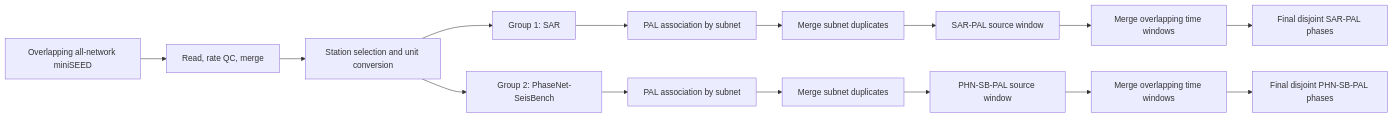
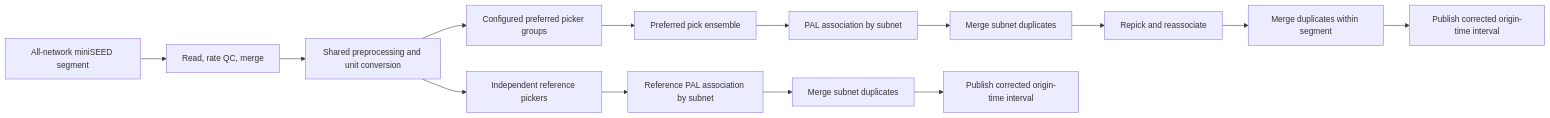
The diagram in README.md (YijianZhou/AI-PAL), drawn with Mermaid before and after one commit. The commit also changed other lines of this file and 644 other files, not shown here.

````diff
--- a/README.md
+++ b/README.md
@@ -30,17 +45,16 @@
 ```mermaid
 flowchart LR
-    A[Overlapping all-network miniSEED] --> B[Read, rate QC, merge]
-    B --> C[Station selection and unit conversion]
-    C --> D1[Group 1: SAR]
-    C --> D2[Group 2: PhaseNet-SeisBench]
-    D1 --> E1[PAL association by subnet]
-    D2 --> E2[PAL association by subnet]
-    E1 --> F1[Merge subnet duplicates]
-    E2 --> F2[Merge subnet duplicates]
-    F1 --> G1[SAR-PAL source window]
-    F2 --> G2[PHN-SB-PAL source window]
-    G1 --> H1[Merge overlapping time windows]
-    G2 --> H2[Merge overlapping time windows]
-    H1 --> I1[Final disjoint SAR-PAL phases]
-    H2 --> I2[Final disjoint PHN-SB-PAL phases]
+    A[All-network miniSEED segment] --> B[Read, rate QC, merge]
+    B --> C[Shared preprocessing and unit conversion]
+    C --> D1[Configured preferred picker groups]
+    C --> D2[Independent reference pickers]
+    D1 --> E1[Preferred pick ensemble]
+    E1 --> F1[PAL association by subnet]
+    D2 --> F2[Reference PAL association by subnet]
+    F1 --> G1[Merge subnet duplicates]
+    F2 --> G2[Merge subnet duplicates]
+    G1 --> H1[Repick and reassociate]
+    H1 --> I1[Merge duplicates within segment]
+    I1 --> J1[Publish corrected origin-time interval]
+    G2 --> J2[Publish corrected origin-time interval]
 ```
````
